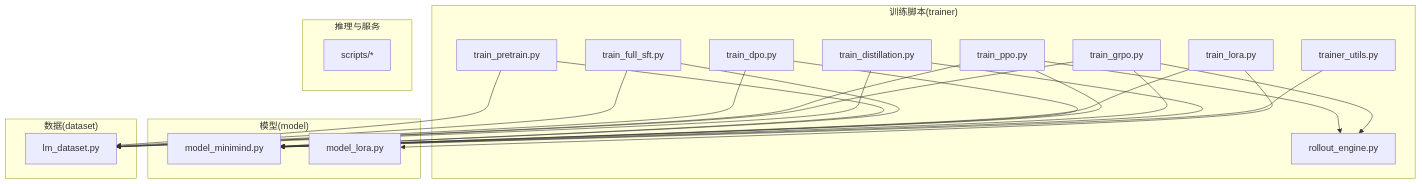
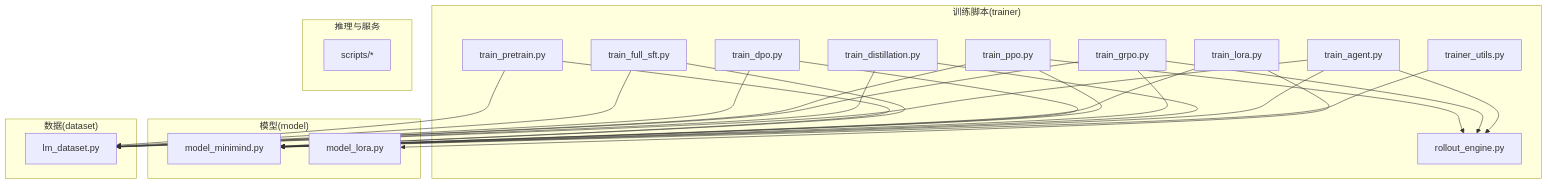
Before and after one commit to haolange/minimind: the first of 15 diagrams in .qoder/repowiki/zh/content/训练算法实现/训练工具与实用程序.md, drawn with Mermaid. The commit also changed other lines of this file and 3 other files, not shown here.

````diff
--- a/.qoder/repowiki/zh/content/训练算法实现/训练工具与实用程序.md
+++ b/.qoder/repowiki/zh/content/训练算法实现/训练工具与实用程序.md
@@ -43,41 +47,45 @@
 ```mermaid
 graph TB
 subgraph "训练脚本(trainer)"
 A1["train_pretrain.py"]
 A2["train_full_sft.py"]
 A3["train_lora.py"]
 A4["train_dpo.py"]
 A5["train_ppo.py"]
 A6["train_grpo.py"]
 A7["train_distillation.py"]
+A8["train_agent.py"]
 AU["trainer_utils.py"]
 RE["rollout_engine.py"]
 end
 subgraph "模型(model)"
 M1["model_minimind.py"]
 M2["model_lora.py"]
 end
 subgraph "数据(dataset)"
 D1["lm_dataset.py"]
 end
 subgraph "推理与服务"
 S1["scripts/*"]
 end
 A1 --> M1
 A2 --> M1
 A3 --> M1
 A4 --> M1
 A5 --> M1
 A6 --> M1
 A7 --> M1
+A8 --> M1
 A3 --> M2
 A5 --> RE
 A6 --> RE
+A8 --> RE
 A1 --> D1
 A2 --> D1
 A4 --> D1
 A5 --> D1
 A6 --> D1
 A7 --> D1
+A8 --> D1
 AU --> M1
 ```
````
